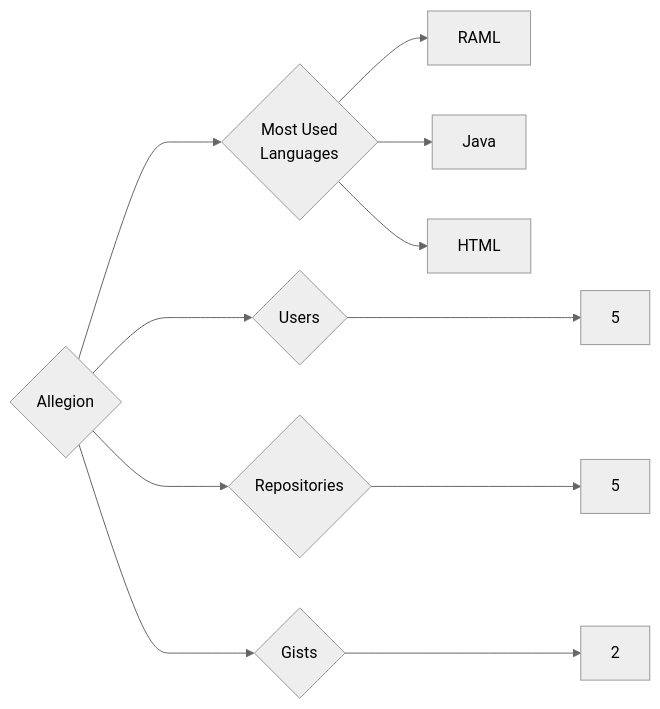
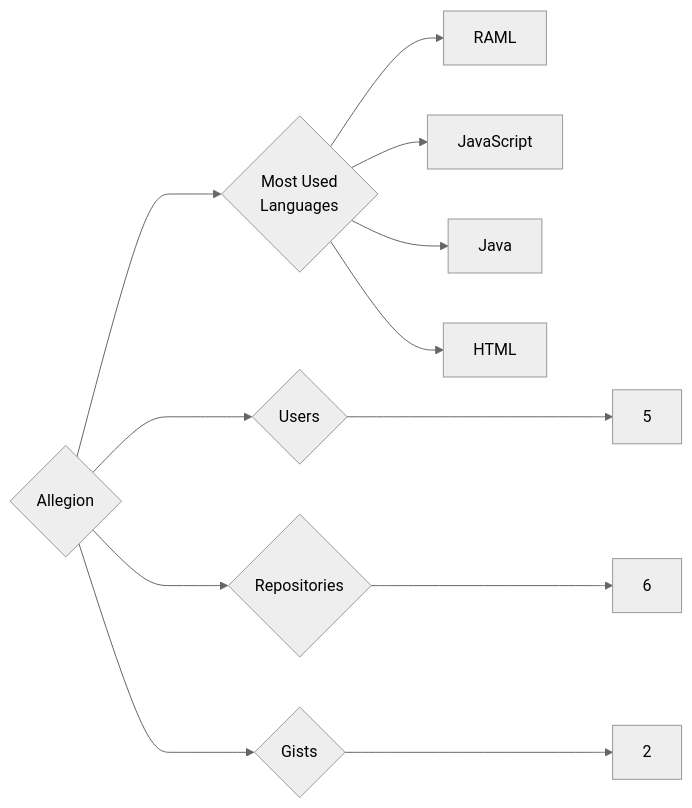
One commit to trickest/insiders changed the diagram in targets/Allegion/README.md. Above: the diagram before and after it, drawn with Mermaid (neutral theme). The commit also changed 1088 other files, not shown here.

````diff
--- a/targets/Allegion/README.md
+++ b/targets/Allegion/README.md
@@ -3,11 +3,12 @@
 ```mermaid
 graph LR
 COMPANY_NAME{Allegion}
 COMPANY_NAME ---> U{Users} ---> UN[5]
-COMPANY_NAME ---> R{Repositories} ---> RN[5]
+COMPANY_NAME ---> R{Repositories} ---> RN[6]
 COMPANY_NAME ---> G{Gists} ---> GN[2]
 COMPANY_NAME ---> ML{Most Used<br>Languages}
 ML --> RAML[RAML]
+ML --> JavaScript[JavaScript]
 ML --> Java[Java]
 ML --> HTML[HTML]
 ```
````
